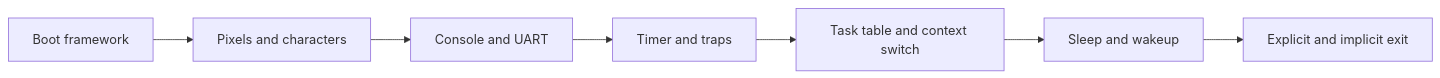
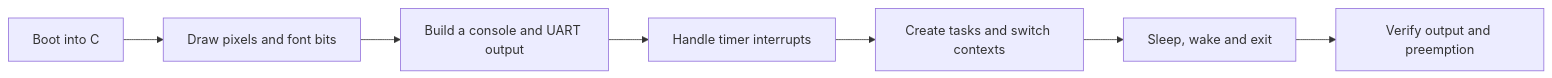
One commit to Raiagues/OS changed the first of 2 diagrams in docs/09-development.md. Above: the diagram before and after it, drawn with Mermaid. The commit also changed other lines of this file and 26 other files, not shown here.

````diff
--- a/docs/09-development.md
+++ b/docs/09-development.md
@@ -7,9 +5,9 @@
 ```mermaid
 flowchart LR
-    B["Boot framework"] --> P["Pixels and characters"]
-    P --> C["Console and UART"]
-    C --> T["Timer and traps"]
-    T --> S["Task table and context switch"]
-    S --> W["Sleep and wakeup"]
-    W --> E["Explicit and implicit exit"]
+    B["Boot into C"] --> P["Draw pixels and font bits"]
+    P --> C["Build a console and UART output"]
+    C --> T["Handle timer interrupts"]
+    T --> S["Create tasks and switch contexts"]
+    S --> W["Sleep, wake and exit"]
+    W --> V["Verify output and preemption"]
 ```
````
